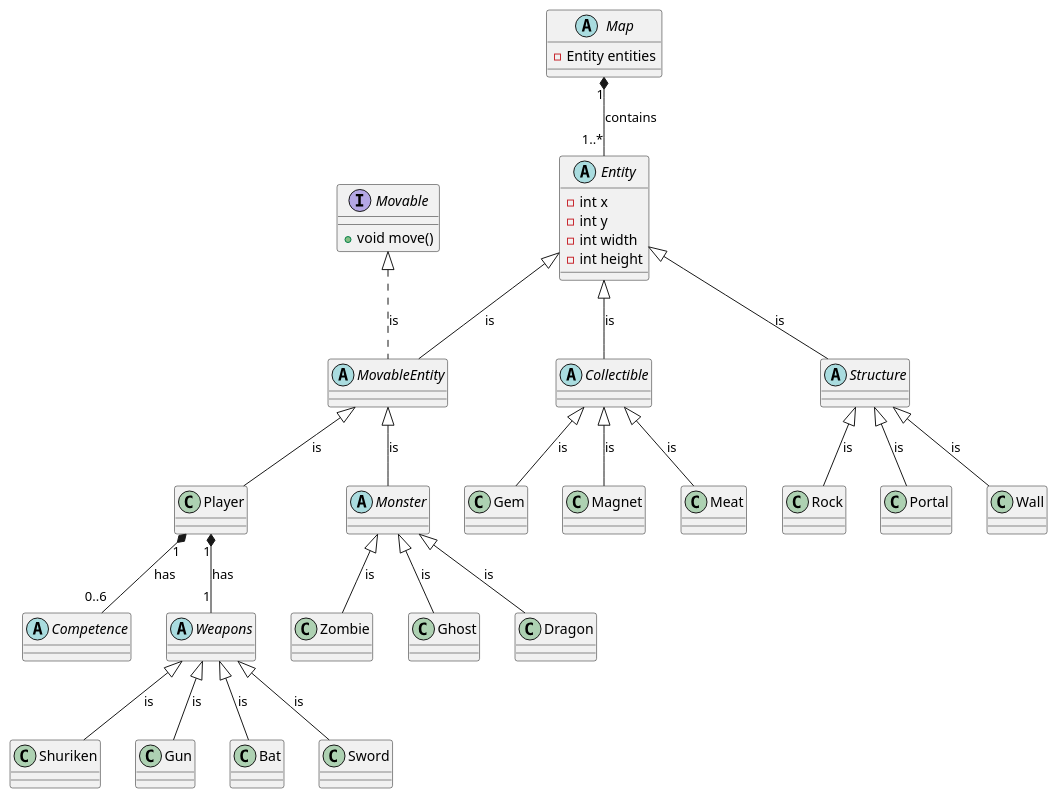
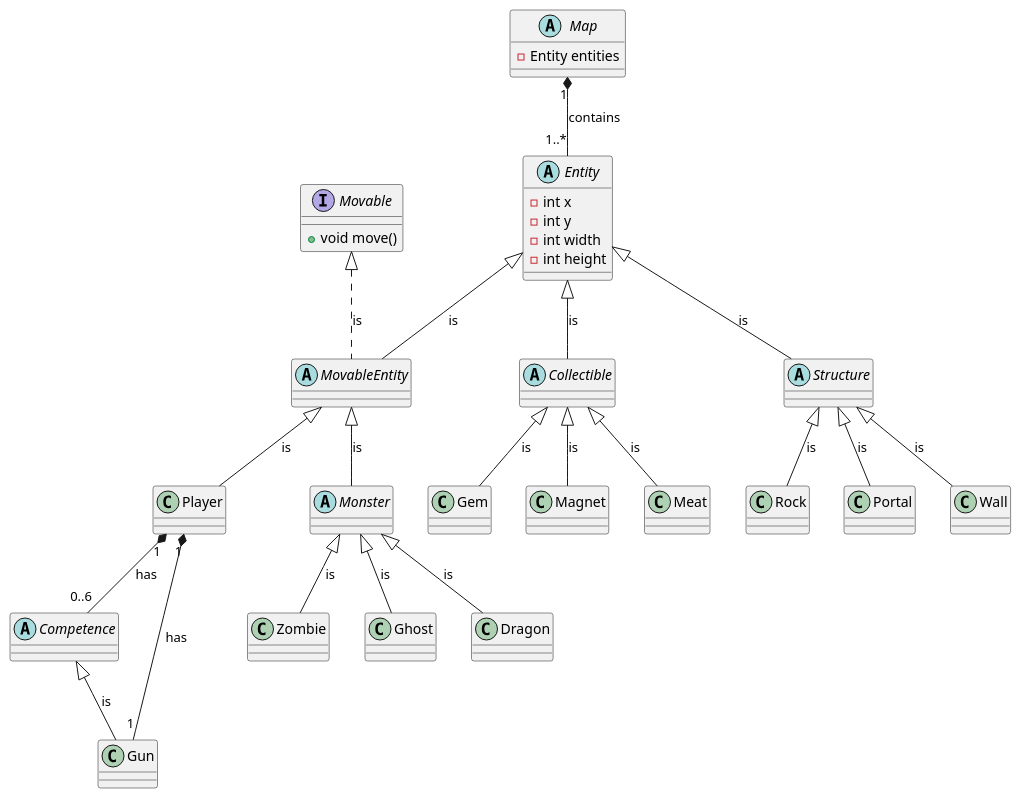
One commit to JFevil/PCOO_project changed the diagram in UML.puml. Above: the diagram before and after it, drawn with PlantUML. The commit also changed 4 other files, not shown here.

```diff
--- a/UML.puml
+++ b/UML.puml
@@ -1,68 +1,61 @@
 @startuml
 
 abstract class Entity {
     - int x
     - int y
     - int width
     - int height
 }
 
 interface Movable {
     +void move()
 }
 
 abstract class MovableEntity
 class Player
 
 abstract class Competence
 
-abstract class Weapons
-class Shuriken
 class Gun
-class Bat
-class Sword
 
 abstract class Monster
 class Zombie
 class Ghost
 class Dragon
 
 abstract class Collectible
 class Gem
 class Magnet
 class Meat
 
 abstract class Structure
 class Rock
 class Portal
 class Wall
 
 abstract class Map {
     - Entity entities
 
 }
 
 Map "1" *-- "1..*" Entity : contains
 Entity <|-- MovableEntity : is
 Movable <|.. MovableEntity : is
 MovableEntity <|-- Monster : is
 Monster <|-- Zombie : is
 Monster <|-- Ghost : is
 Monster <|-- Dragon : is
 MovableEntity <|-- Player : is
 Entity <|-- Collectible : is
 Collectible <|-- Gem : is
 Collectible <|-- Magnet : is
 Collectible <|-- Meat : is
 Entity <|-- Structure : is
 Structure <|-- Rock : is
 Structure <|-- Portal : is
 Structure <|-- Wall : is
-Player "1" *-- "1" Weapons : has
+Player "1" *-- "1" Gun : has
 Player "1" *-- "0..6" Competence : has
-Weapons <|-- Shuriken : is
-Weapons <|-- Gun : is
-Weapons <|-- Bat : is
-Weapons <|-- Sword : is
+Competence <|-- Gun : is
 
 @enduml
```
